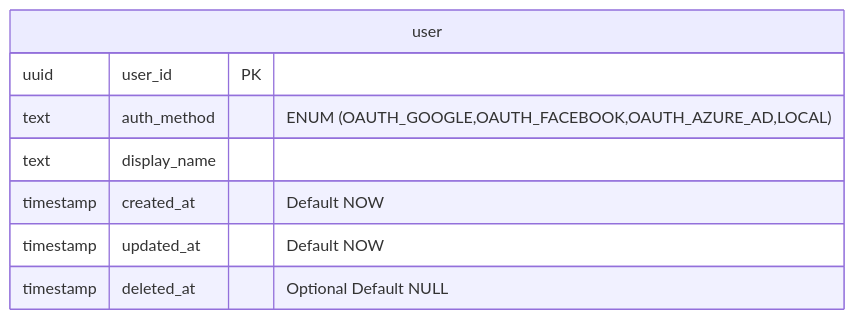
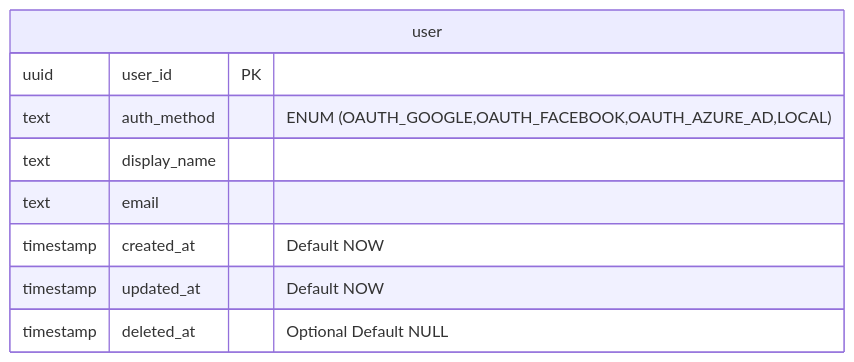
Diagram 13 of 18 in docs/sdd.md (aetheric-oss/svc-storage), drawn with Mermaid before and after one commit. The commit also changed other lines of this file and 6 other files, not shown here.

````diff
--- a/docs/sdd.md
+++ b/docs/sdd.md
@@ -634,11 +634,12 @@
 ```mermaid
 erDiagram
     user {
         uuid user_id PK
         text auth_method "ENUM (OAUTH_GOOGLE,OAUTH_FACEBOOK,OAUTH_AZURE_AD,LOCAL)"
         text display_name
+        text email
         timestamp created_at "Default NOW"
         timestamp updated_at "Default NOW"
         timestamp deleted_at "Optional Default NULL"
     }
 ```
````
